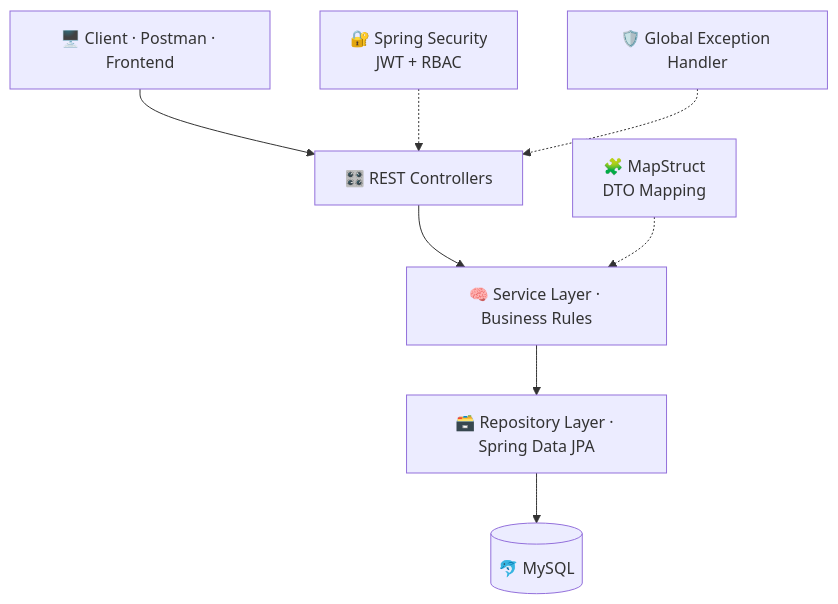
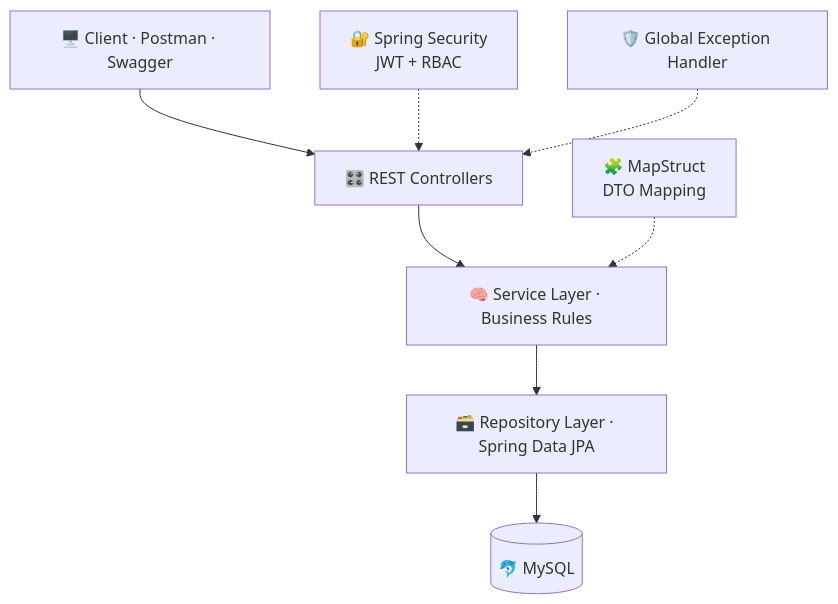
One commit to Sahil2u47/smart_parking_system changed the first of 13 diagrams in README.md. Above: the diagram before and after it, drawn with Mermaid. The commit also changed other lines of this file, not shown here.

````diff
--- a/README.md
+++ b/README.md
@@ -142,14 +145,14 @@
 ```mermaid
 flowchart TB
-    A["🖥️ Client · Postman · Frontend"]
+    A["🖥️ Client · Postman · Swagger"]
     B["🎛️ REST Controllers"]
     C["🧠 Service Layer · Business Rules"]
     D["🗃️ Repository Layer · Spring Data JPA"]
     E[("🐬 MySQL")]
 
     A --> B --> C --> D --> E
 
     S["🔐 Spring Security<br/>JWT + RBAC"] -.-> B
     M["🧩 MapStruct<br/>DTO Mapping"] -.-> C
     X["🛡️ Global Exception Handler"] -.-> B
 ```
````
